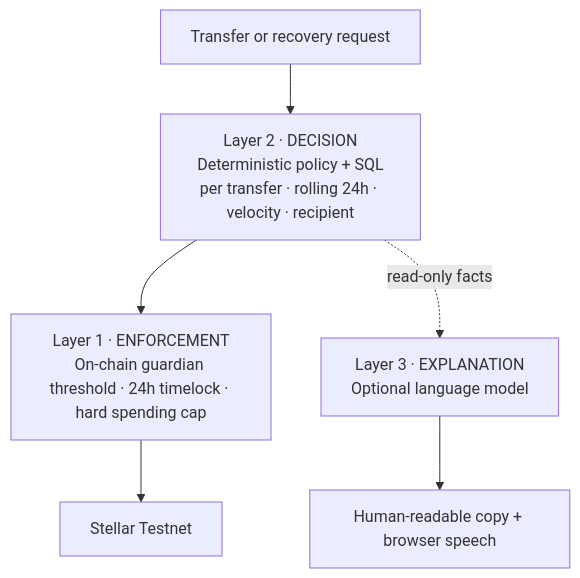
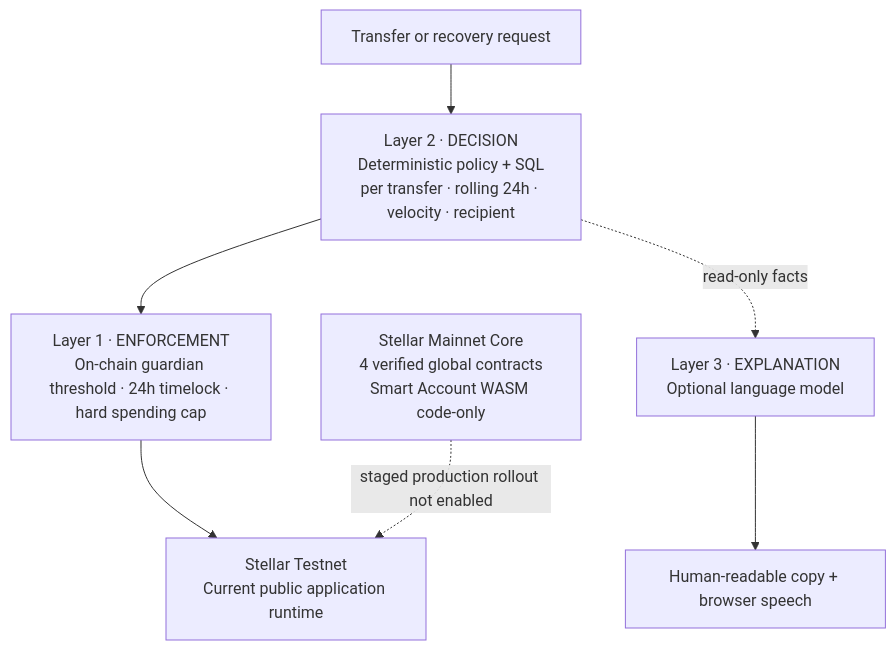
One commit to msci2049-hkt/vigiadinh changed the fourth of 4 diagrams in README.md. Above: the diagram before and after it, drawn with Mermaid. The commit also changed other lines of this file and 2 other files, not shown here.

Commit message:
docs(readme): document verified Mainnet core

````diff
--- a/README.md
+++ b/README.md
@@ -183,8 +229,10 @@
 ```mermaid
 graph TD
     T["Transfer or recovery request"] --> L2["Layer 2 · DECISION<br/>Deterministic policy + SQL<br/>per transfer · rolling 24h · velocity · recipient"]
     L2 --> L1["Layer 1 · ENFORCEMENT<br/>On-chain guardian threshold · 24h timelock · hard spending cap"]
-    L1 --> S["Stellar Testnet"]
+    L1 --> TN["Stellar Testnet<br/>Current public application runtime"]
     L2 -.->|"read-only facts"| L3["Layer 3 · EXPLANATION<br/>Optional language model"]
     L3 --> U["Human-readable copy + browser speech"]
+    MN["Stellar Mainnet Core<br/>4 verified global contracts<br/>Smart Account WASM code-only"]
+    MN -.->|"staged production rollout not enabled"| TN
 ```
````
